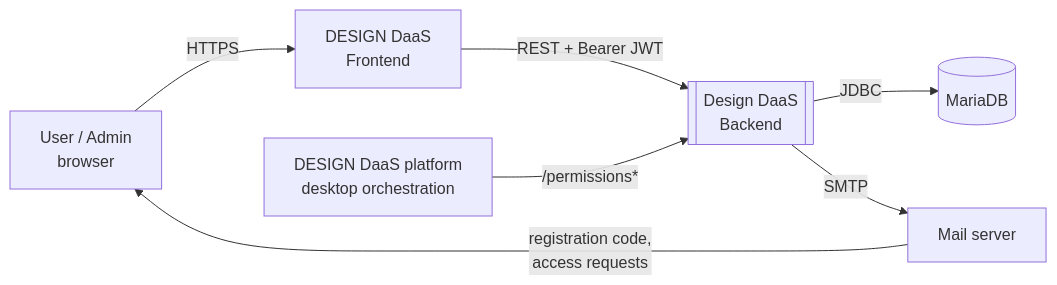
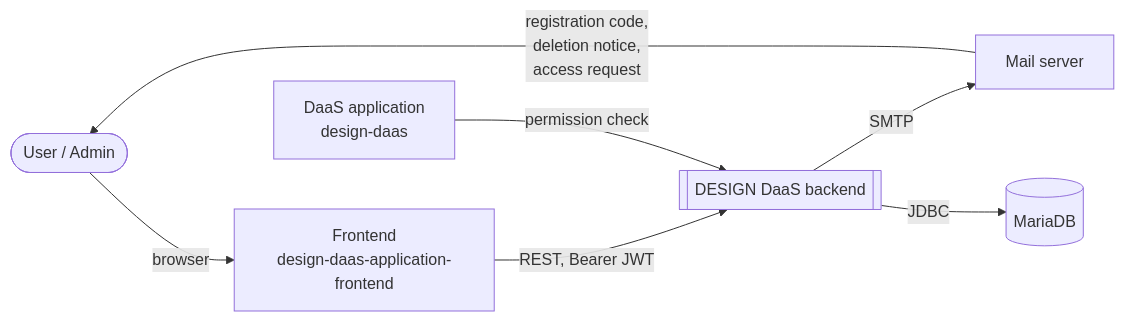
One commit to design-daas-fra-uas/design-daas-backend-java changed the first of 9 diagrams in docs/arc42.md. Above: the diagram before and after it, drawn with Mermaid. The commit also changed other lines of this file and 3 other files, not shown here.

````diff
--- a/docs/arc42.md
+++ b/docs/arc42.md
@@ -43,9 +108,9 @@
 ```mermaid
 flowchart LR
-    U[User / Admin<br/>browser] -->|HTTPS| FE[DESIGN DaaS<br/>Frontend]
-    FE -->|REST + Bearer JWT| BE[[Design DaaS<br/>Backend]]
-    P[DESIGN DaaS platform<br/>desktop orchestration] -->|/permissions*| BE
-    BE -->|JDBC| DB[(MariaDB)]
-    BE -->|SMTP| M[Mail server]
-    M -->|registration code,<br/>access requests| U
+    user([User / Admin]) -->|browser| fe[Frontend<br/>design-daas-application-frontend]
+    fe -->|REST, Bearer JWT| be[[DESIGN DaaS backend]]
+    daas[DaaS application<br/>design-daas] -->|permission check| be
+    be -->|SMTP| mail[Mail server]
+    mail -->|registration code,<br/>deletion notice,<br/>access request| user
+    be -->|JDBC| db[(MariaDB)]
 ```
````
